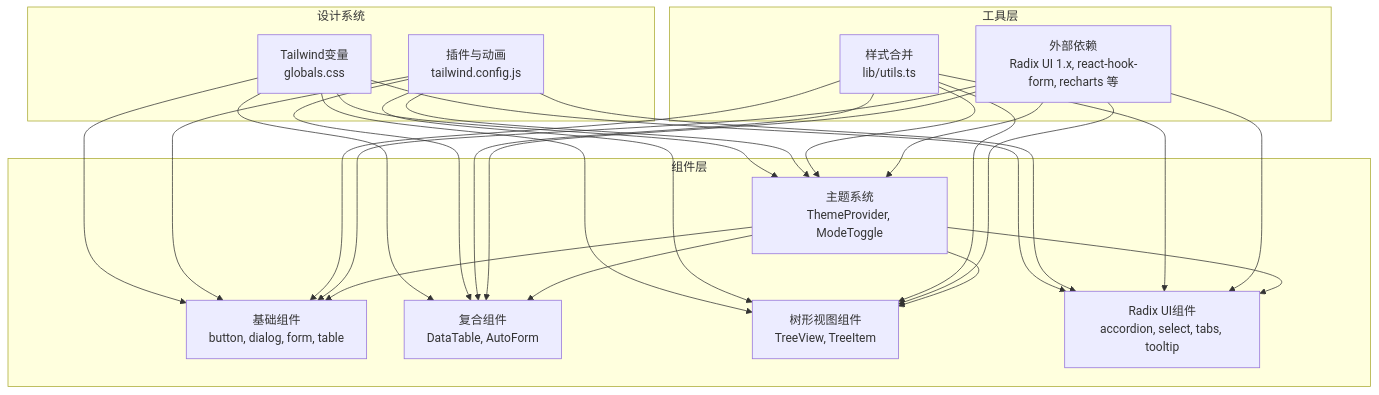
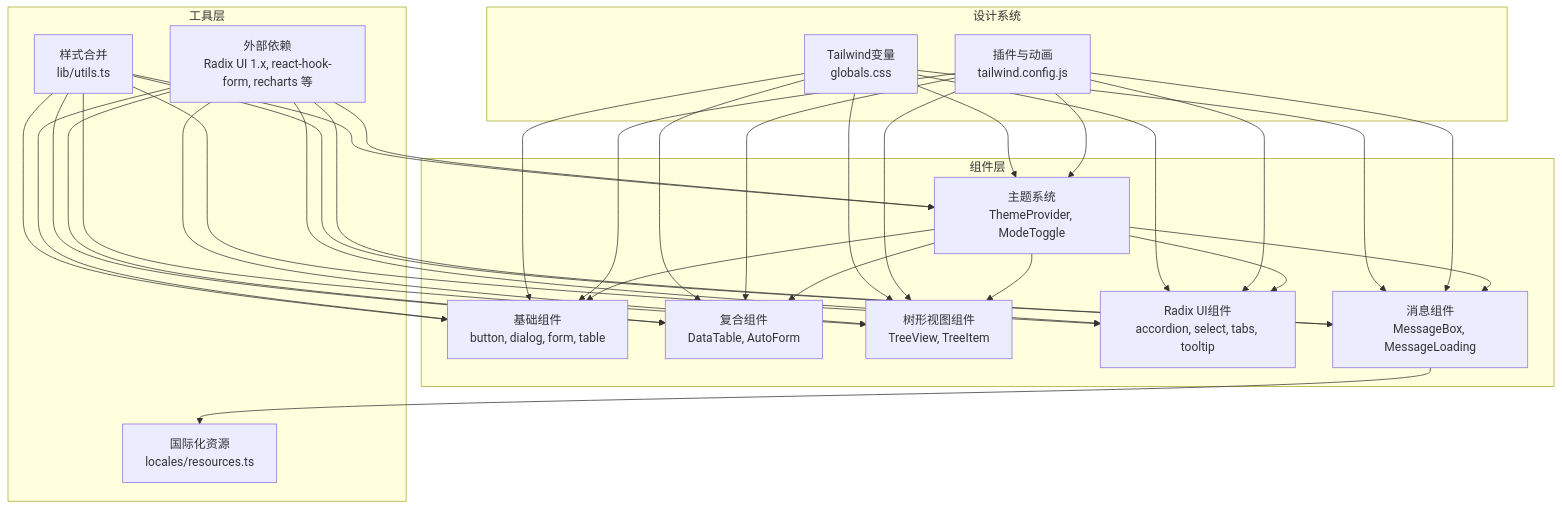
One commit to LRF0422/Kotion changed the second of 10 diagrams in .qoder/repowiki/zh/content/核心模块/UI组件库.md. Above: the diagram before and after it, drawn with Mermaid. The commit also changed other lines of this file and 19 other files, not shown here.

````diff
--- a/.qoder/repowiki/zh/content/核心模块/UI组件库.md
+++ b/.qoder/repowiki/zh/content/核心模块/UI组件库.md
@@ -158,42 +174,50 @@
 ```mermaid
 graph TB
 subgraph "设计系统"
 T["Tailwind变量<br/>globals.css"]
 P["插件与动画<br/>tailwind.config.js"]
 end
 subgraph "组件层"
 U["基础组件<br/>button, dialog, form, table"]
 V["复合组件<br/>DataTable, AutoForm"]
 W["主题系统<br/>ThemeProvider, ModeToggle"]
 X["树形视图组件<br/>TreeView, TreeItem"]
 Y["Radix UI组件<br/>accordion, select, tabs, tooltip"]
+Z["消息组件<br/>MessageBox, MessageLoading"]
 end
 subgraph "工具层"
 L["样式合并<br/>lib/utils.ts"]
 R["外部依赖<br/>Radix UI 1.x, react-hook-form, recharts 等"]
+I["国际化资源<br/>locales/resources.ts"]
 end
 T --> U
 T --> V
 T --> W
 T --> X
 T --> Y
+T --> Z
 P --> U
 P --> V
 P --> W
 P --> X
 P --> Y
+P --> Z
 L --> U
 L --> V
 L --> W
 L --> X
 L --> Y
+L --> Z
 R --> U
 R --> V
 R --> W
 R --> X
 R --> Y
+R --> Z
 W --> U
 W --> V
 W --> X
 W --> Y
+W --> Z
+Z --> I
 ```
````
